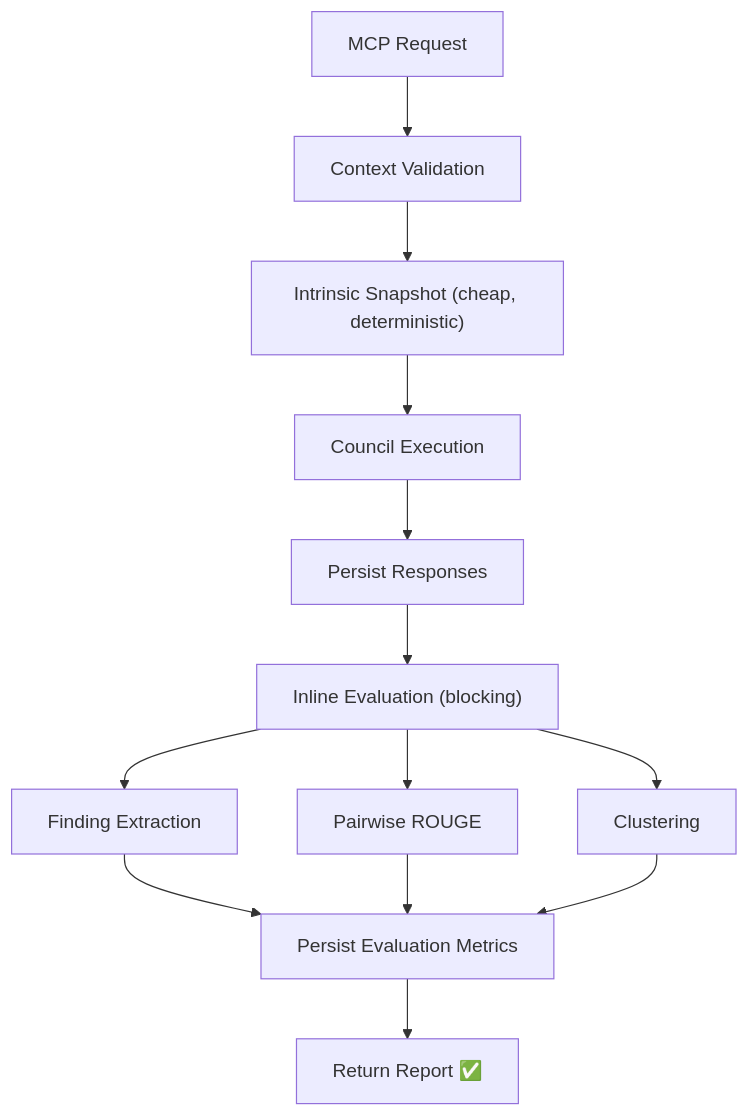
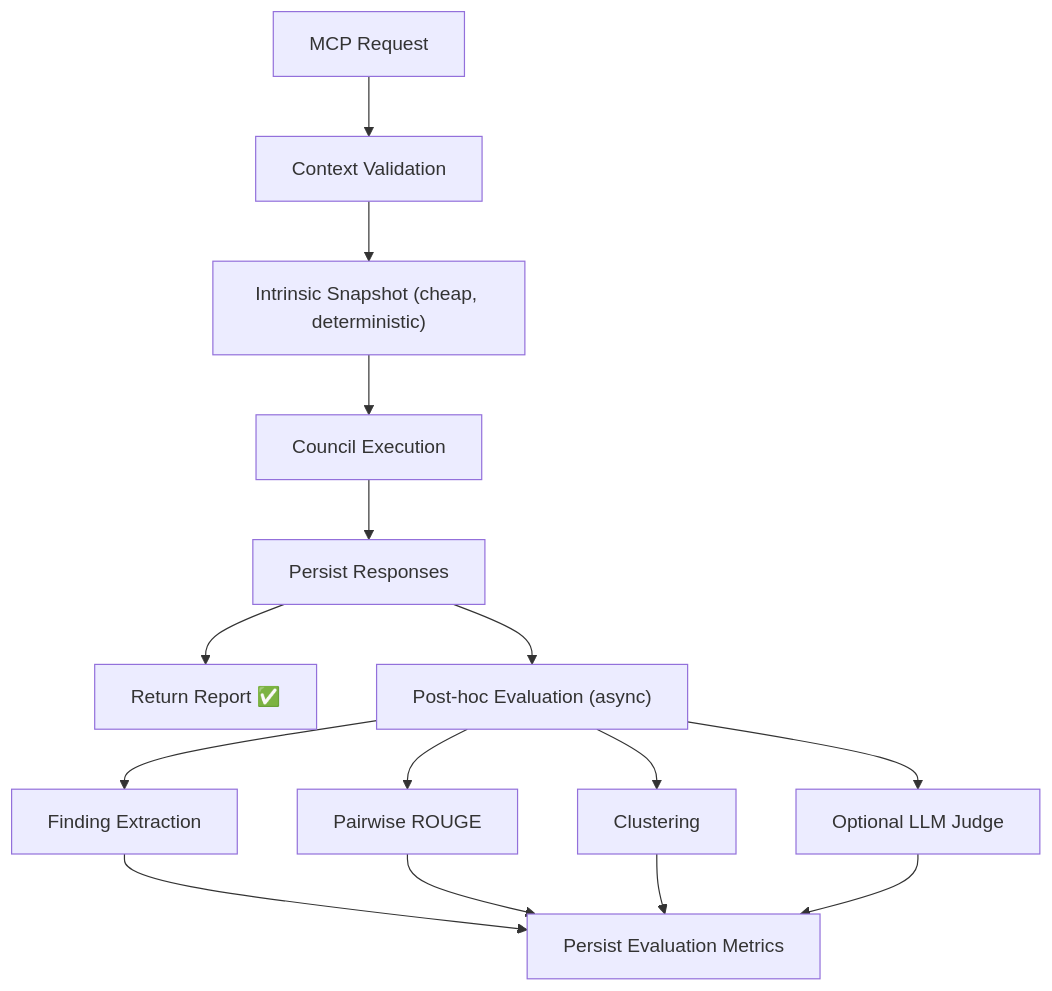
One commit to low1408/Quorum changed the diagram in Extra/evaluation_layer_design.md. Above: the diagram before and after it, drawn with Mermaid. The commit also changed other lines of this file and 11 other files, not shown here.

````diff
--- a/Extra/evaluation_layer_design.md
+++ b/Extra/evaluation_layer_design.md
@@ -248,13 +740,14 @@
 ```mermaid
 graph TD
     A[MCP Request] --> B[Context Validation]
     B --> C["Intrinsic Snapshot (cheap, deterministic)"]
     C --> D[Council Execution]
     D --> E[Persist Responses]
-    E --> F["Inline Evaluation (blocking)"]
-    F --> G[Finding Extraction]
-    F --> H[Pairwise ROUGE]
-    F --> I[Clustering]
-    G & H & I --> J[Persist Evaluation Metrics]
-    J --> K["Return Report ✅"]
+    E --> F["Return Report ✅"]
+    E --> G["Post-hoc Evaluation (async)"]
+    G --> H[Finding Extraction]
+    G --> I[Pairwise ROUGE]
+    G --> J[Clustering]
+    G --> K["Optional LLM Judge"]
+    H & I & J & K --> L[Persist Evaluation Metrics]
 ```
````
